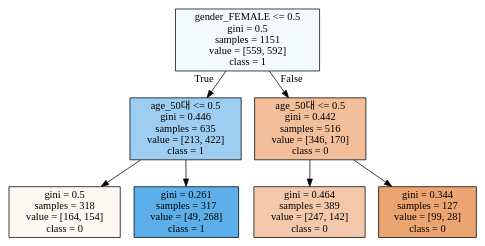
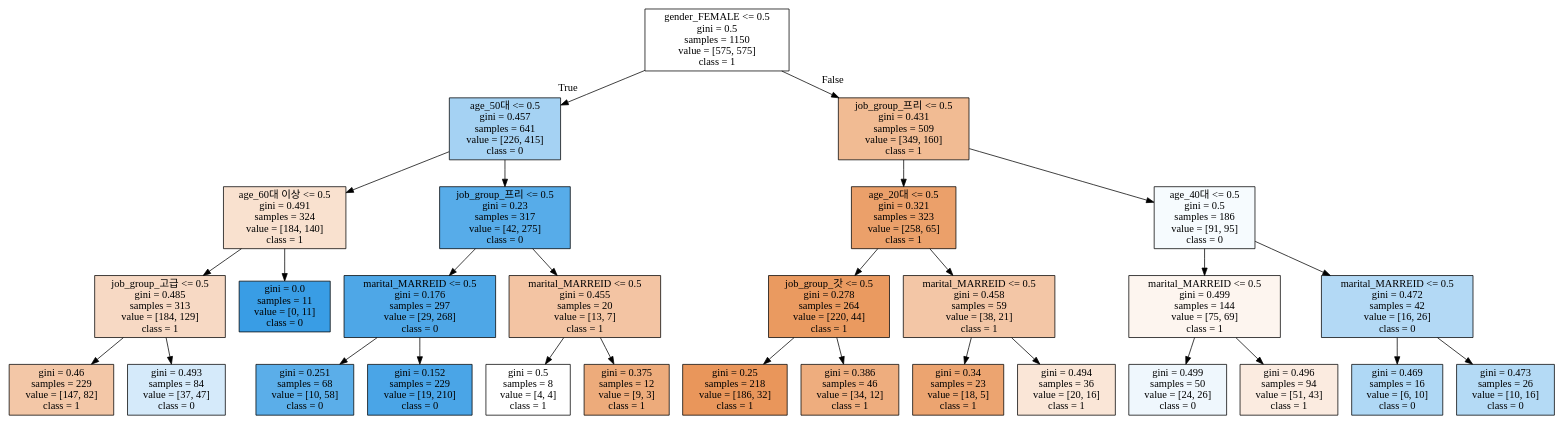
The diagram in project/dfa_.dot (Hyuck-2/BigData), drawn with Graphviz before and after one commit. The commit also changed 393 other files, not shown here.

```diff
--- a/project/dfa_.dot
+++ b/project/dfa_.dot
@@ -1,16 +1,60 @@
 digraph Tree {
 node [shape=box, style="filled", color="black"] ;
-0 [label="gender_FEMALE <= 0.5\ngini = 0.5\nsamples = 1151\nvalue = [559, 592]\nclass = 1", fillcolor="#399de50e"] ;
-1 [label="age_50대 <= 0.5\ngini = 0.446\nsamples = 635\nvalue = [213, 422]\nclass = 1", fillcolor="#399de57e"] ;
+0 [label="gender_FEMALE <= 0.5\ngini = 0.5\nsamples = 1150\nvalue = [575, 575]\nclass = 1", fillcolor="#e5813900"] ;
+1 [label="age_50대 <= 0.5\ngini = 0.457\nsamples = 641\nvalue = [226, 415]\nclass = 0", fillcolor="#399de574"] ;
 0 -> 1 [labeldistance=2.5, labelangle=45, headlabel="True"] ;
-2 [label="gini = 0.5\nsamples = 318\nvalue = [164, 154]\nclass = 0", fillcolor="#e5813910"] ;
+2 [label="age_60대 이상 <= 0.5\ngini = 0.491\nsamples = 324\nvalue = [184, 140]\nclass = 1", fillcolor="#e581393d"] ;
 1 -> 2 ;
-3 [label="gini = 0.261\nsamples = 317\nvalue = [49, 268]\nclass = 1", fillcolor="#399de5d0"] ;
-1 -> 3 ;
-4 [label="age_50대 <= 0.5\ngini = 0.442\nsamples = 516\nvalue = [346, 170]\nclass = 0", fillcolor="#e5813982"] ;
-0 -> 4 [labeldistance=2.5, labelangle=-45, headlabel="False"] ;
-5 [label="gini = 0.464\nsamples = 389\nvalue = [247, 142]\nclass = 0", fillcolor="#e581396c"] ;
-4 -> 5 ;
-6 [label="gini = 0.344\nsamples = 127\nvalue = [99, 28]\nclass = 0", fillcolor="#e58139b7"] ;
-4 -> 6 ;
+3 [label="job_group_고급 <= 0.5\ngini = 0.485\nsamples = 313\nvalue = [184, 129]\nclass = 1", fillcolor="#e581394c"] ;
+2 -> 3 ;
+4 [label="gini = 0.46\nsamples = 229\nvalue = [147, 82]\nclass = 1", fillcolor="#e5813971"] ;
+3 -> 4 ;
+5 [label="gini = 0.493\nsamples = 84\nvalue = [37, 47]\nclass = 0", fillcolor="#399de536"] ;
+3 -> 5 ;
+6 [label="gini = 0.0\nsamples = 11\nvalue = [0, 11]\nclass = 0", fillcolor="#399de5ff"] ;
+2 -> 6 ;
+7 [label="job_group_프리 <= 0.5\ngini = 0.23\nsamples = 317\nvalue = [42, 275]\nclass = 0", fillcolor="#399de5d8"] ;
+1 -> 7 ;
+8 [label="marital_MARREID <= 0.5\ngini = 0.176\nsamples = 297\nvalue = [29, 268]\nclass = 0", fillcolor="#399de5e3"] ;
+7 -> 8 ;
+9 [label="gini = 0.251\nsamples = 68\nvalue = [10, 58]\nclass = 0", fillcolor="#399de5d3"] ;
+8 -> 9 ;
+10 [label="gini = 0.152\nsamples = 229\nvalue = [19, 210]\nclass = 0", fillcolor="#399de5e8"] ;
+8 -> 10 ;
+11 [label="marital_MARREID <= 0.5\ngini = 0.455\nsamples = 20\nvalue = [13, 7]\nclass = 1", fillcolor="#e5813976"] ;
+7 -> 11 ;
+12 [label="gini = 0.5\nsamples = 8\nvalue = [4, 4]\nclass = 1", fillcolor="#e5813900"] ;
+11 -> 12 ;
+13 [label="gini = 0.375\nsamples = 12\nvalue = [9, 3]\nclass = 1", fillcolor="#e58139aa"] ;
+11 -> 13 ;
+14 [label="job_group_프리 <= 0.5\ngini = 0.431\nsamples = 509\nvalue = [349, 160]\nclass = 1", fillcolor="#e581398a"] ;
+0 -> 14 [labeldistance=2.5, labelangle=-45, headlabel="False"] ;
+15 [label="age_20대 <= 0.5\ngini = 0.321\nsamples = 323\nvalue = [258, 65]\nclass = 1", fillcolor="#e58139bf"] ;
+14 -> 15 ;
+16 [label="job_group_갓 <= 0.5\ngini = 0.278\nsamples = 264\nvalue = [220, 44]\nclass = 1", fillcolor="#e58139cc"] ;
+15 -> 16 ;
+17 [label="gini = 0.25\nsamples = 218\nvalue = [186, 32]\nclass = 1", fillcolor="#e58139d3"] ;
+16 -> 17 ;
+18 [label="gini = 0.386\nsamples = 46\nvalue = [34, 12]\nclass = 1", fillcolor="#e58139a5"] ;
+16 -> 18 ;
+19 [label="marital_MARREID <= 0.5\ngini = 0.458\nsamples = 59\nvalue = [38, 21]\nclass = 1", fillcolor="#e5813972"] ;
+15 -> 19 ;
+20 [label="gini = 0.34\nsamples = 23\nvalue = [18, 5]\nclass = 1", fillcolor="#e58139b8"] ;
+19 -> 20 ;
+21 [label="gini = 0.494\nsamples = 36\nvalue = [20, 16]\nclass = 1", fillcolor="#e5813933"] ;
+19 -> 21 ;
+22 [label="age_40대 <= 0.5\ngini = 0.5\nsamples = 186\nvalue = [91, 95]\nclass = 0", fillcolor="#399de50b"] ;
+14 -> 22 ;
+23 [label="marital_MARREID <= 0.5\ngini = 0.499\nsamples = 144\nvalue = [75, 69]\nclass = 1", fillcolor="#e5813914"] ;
+22 -> 23 ;
+24 [label="gini = 0.499\nsamples = 50\nvalue = [24, 26]\nclass = 0", fillcolor="#399de514"] ;
+23 -> 24 ;
+25 [label="gini = 0.496\nsamples = 94\nvalue = [51, 43]\nclass = 1", fillcolor="#e5813928"] ;
+23 -> 25 ;
+26 [label="marital_MARREID <= 0.5\ngini = 0.472\nsamples = 42\nvalue = [16, 26]\nclass = 0", fillcolor="#399de562"] ;
+22 -> 26 ;
+27 [label="gini = 0.469\nsamples = 16\nvalue = [6, 10]\nclass = 0", fillcolor="#399de566"] ;
+26 -> 27 ;
+28 [label="gini = 0.473\nsamples = 26\nvalue = [10, 16]\nclass = 0", fillcolor="#399de560"] ;
+26 -> 28 ;
 }
```
